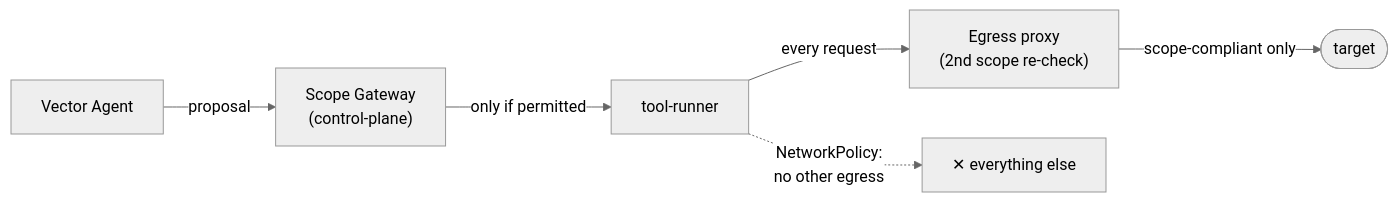
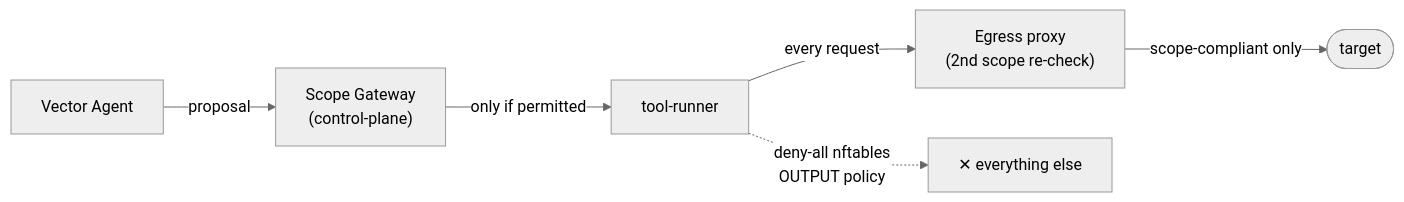
One commit to dt-cyberworks/axial changed the second of 2 diagrams in docs/security-model.md. Above: the diagram before and after it, drawn with Mermaid (neutral theme). The commit also changed other lines of this file and 414 other files, not shown here.

````diff
--- a/docs/security-model.md
+++ b/docs/security-model.md
@@ -67,8 +67,8 @@
 ```mermaid
 flowchart LR
     LLM["Vector Agent"] -->|proposal| GW["Scope Gateway<br/>(control-plane)"]
     GW -->|only if permitted| TR["tool-runner"]
     TR -->|every request| PX["Egress proxy<br/>(2nd scope re-check)"]
     PX -->|scope-compliant only| NET(["target"])
-    TR -.->|NetworkPolicy:<br/>no other egress| X["✕ everything else"]
+    TR -.->|deny-all nftables<br/>OUTPUT policy| X["✕ everything else"]
 ```
````
